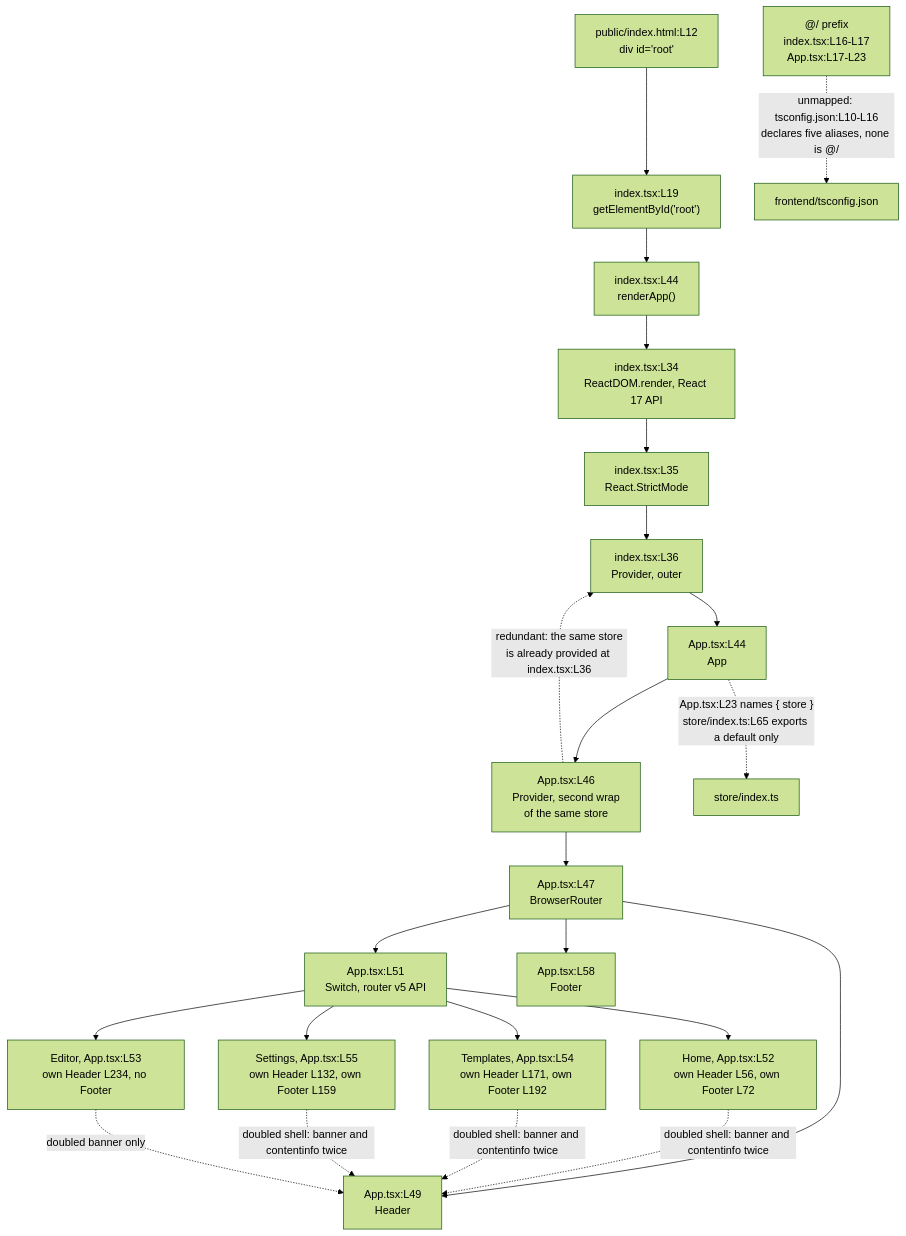
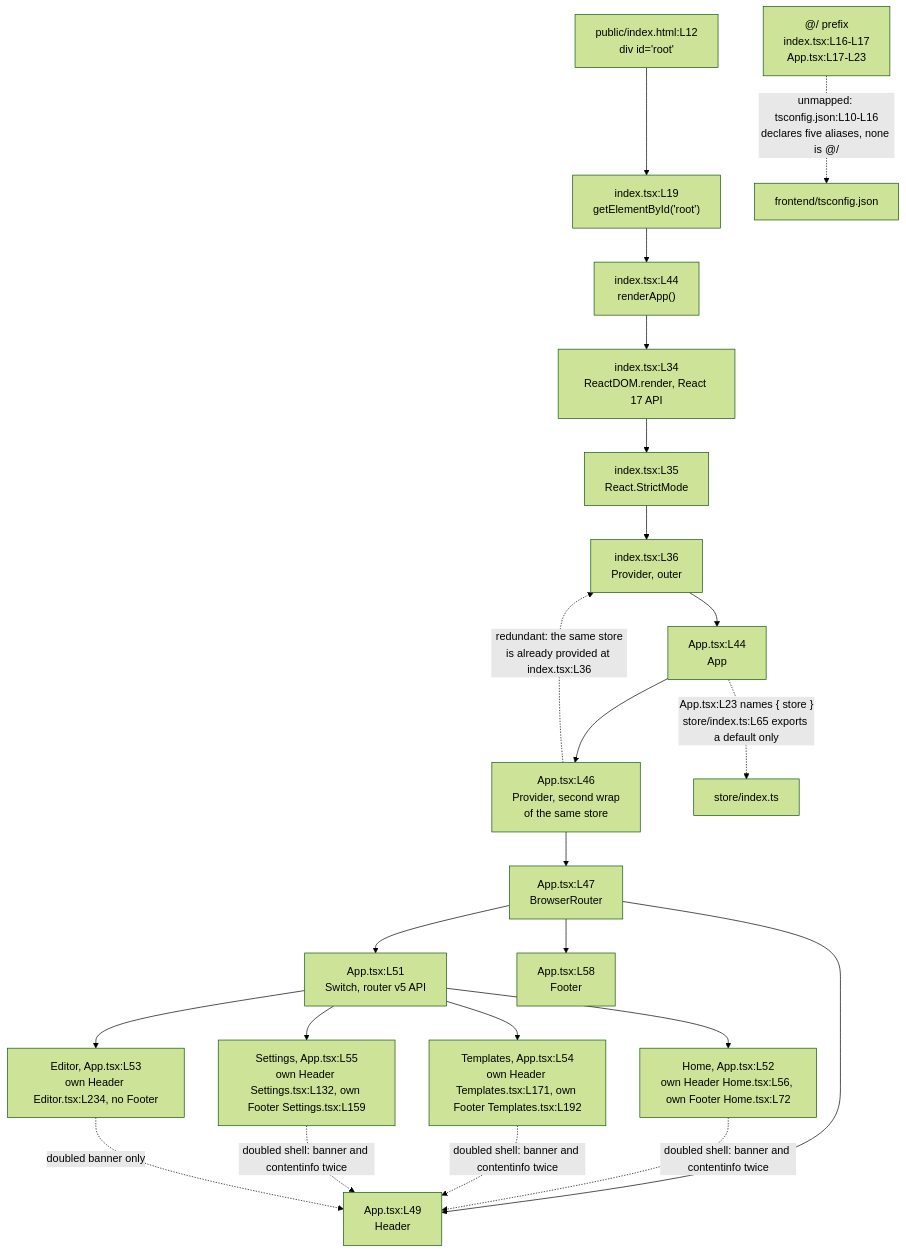
Before and after one commit to blitzy-public-samples/microsoft-word-u33ko0: the diagram in frontend/src/README.md, drawn with Mermaid (forest theme). The commit also changed other lines of this file and 46 other files, not shown here.

````diff
--- a/frontend/src/README.md
+++ b/frontend/src/README.md
@@ -109,27 +111,27 @@
 ```mermaid
 graph TD
     HTML["public/index.html:L12<br/>div id='root'"] --> ROOT["index.tsx:L19<br/>getElementById('root')"]
     ROOT --> CALL["index.tsx:L44<br/>renderApp()"]
     CALL --> RENDER["index.tsx:L34<br/>ReactDOM.render, React 17 API"]
     RENDER --> STRICT["index.tsx:L35<br/>React.StrictMode"]
     STRICT --> P1["index.tsx:L36<br/>Provider, outer"]
     P1 --> APP["App.tsx:L44<br/>App"]
     APP --> P2["App.tsx:L46<br/>Provider, second wrap<br/>of the same store"]
     P2 --> BR["App.tsx:L47<br/>BrowserRouter"]
     BR --> HDR["App.tsx:L49<br/>Header"]
     BR --> SW["App.tsx:L51<br/>Switch, router v5 API"]
     BR --> FTR["App.tsx:L58<br/>Footer"]
-    SW --> HOME["Home, App.tsx:L52<br/>own Header L56, own Footer L72"]
-    SW --> EDIT["Editor, App.tsx:L53<br/>own Header L234, no Footer"]
-    SW --> TPL["Templates, App.tsx:L54<br/>own Header L171, own Footer L192"]
-    SW --> SET["Settings, App.tsx:L55<br/>own Header L132, own Footer L159"]
+    SW --> HOME["Home, App.tsx:L52<br/>own Header Home.tsx:L56, own Footer Home.tsx:L72"]
+    SW --> EDIT["Editor, App.tsx:L53<br/>own Header Editor.tsx:L234, no Footer"]
+    SW --> TPL["Templates, App.tsx:L54<br/>own Header Templates.tsx:L171, own Footer Templates.tsx:L192"]
+    SW --> SET["Settings, App.tsx:L55<br/>own Header Settings.tsx:L132, own Footer Settings.tsx:L159"]
 
     ALIAS["@/ prefix<br/>index.tsx:L16-L17<br/>App.tsx:L17-L23"]
     ALIAS -.->|"unmapped: tsconfig.json:L10-L16<br/>declares five aliases, none is @/"| TSC["frontend/tsconfig.json"]
     APP -.->|"App.tsx:L23 names { store }<br/>store/index.ts:L65 exports a default only"| STORE["store/index.ts"]
     P2 -.->|"redundant: the same store<br/>is already provided at index.tsx:L36"| P1
     HOME & TPL & SET -.->|"doubled shell: banner and contentinfo twice"| HDR
     EDIT -.->|"doubled banner only"| HDR
 
 %% A solid edge runs today once the alias resolves. A dashed edge marks a defect, and its label names it.
 ```
````
